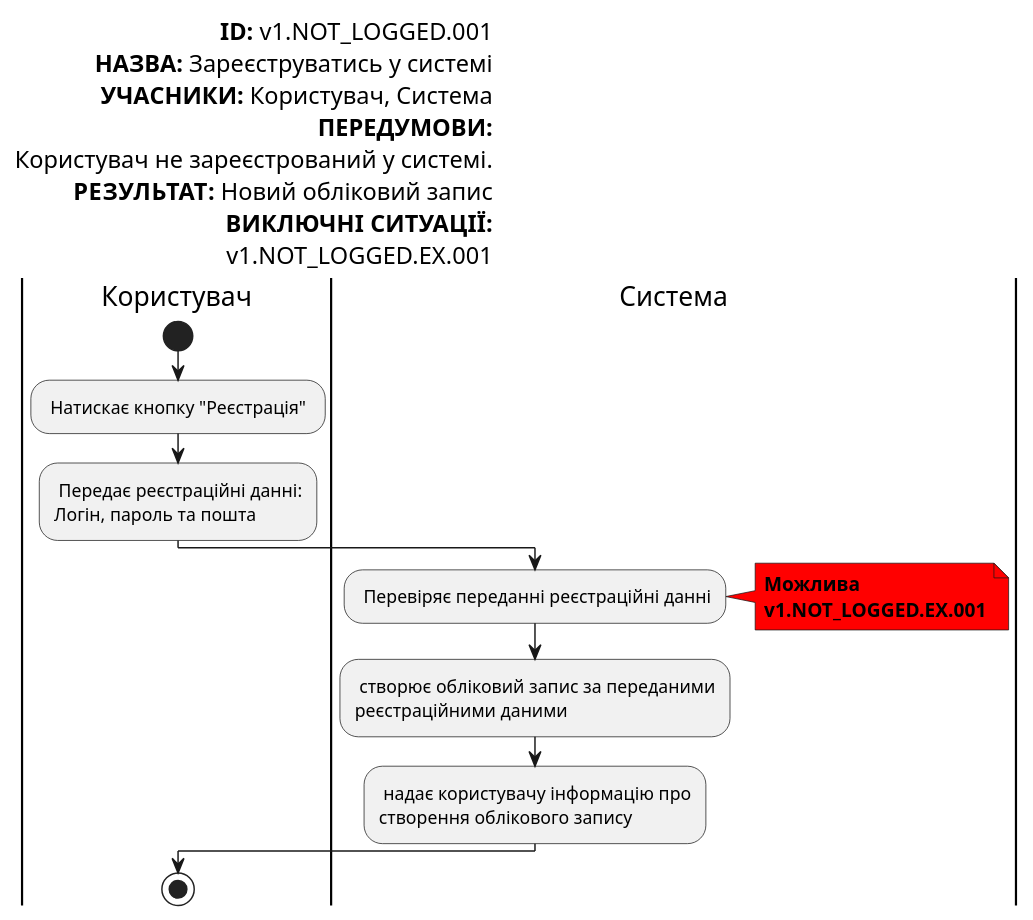
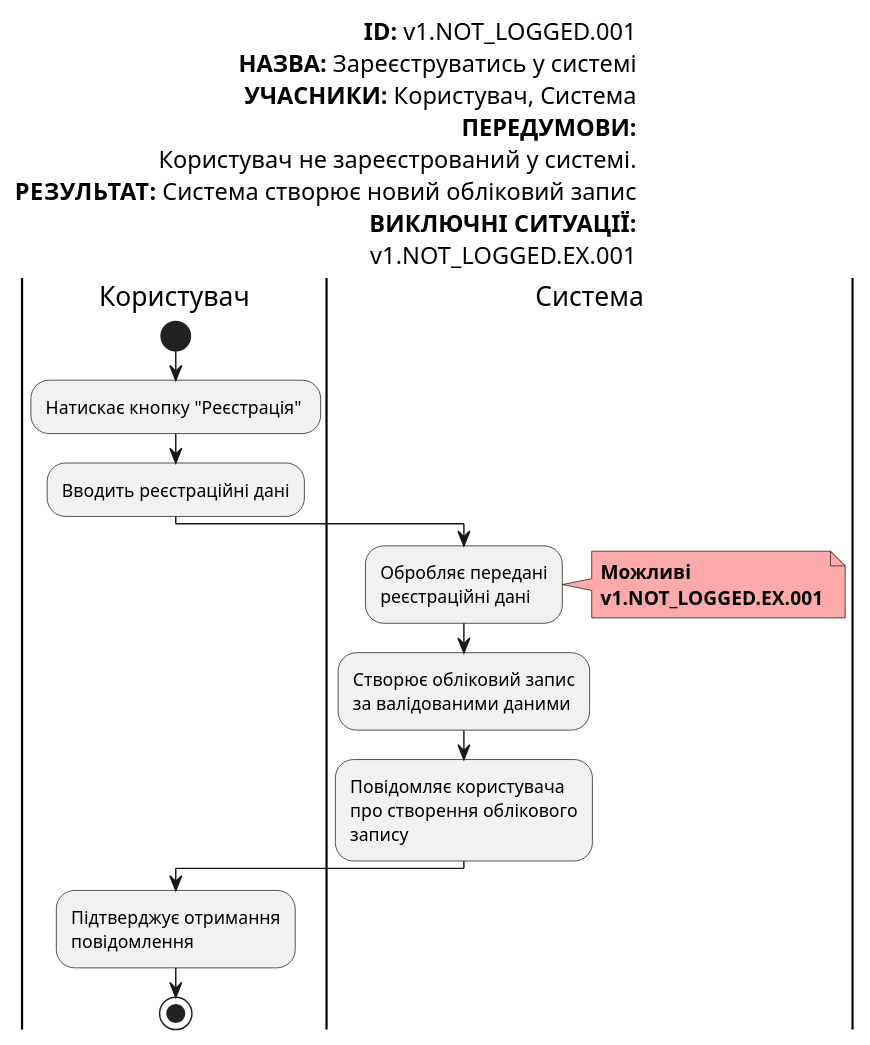
The fifth of 22 diagrams in docs/use-cases/README.md (gurug-prog/survey-expert), drawn with PlantUML before and after one commit. The commit also changed other lines of this file and 1 other file, not shown here.

```diff
--- a/docs/use-cases/README.md
+++ b/docs/use-cases/README.md
@@ -110,37 +109,42 @@
   @startuml
 
         left header
              <font color=000 size=16><b>ID:</b> v1.NOT_LOGGED.001
              <font color=000 size=16><b>НАЗВА:</b> Зареєструватись у системі
              <font color=000 size=16><b>УЧАСНИКИ:</b> Користувач, Система
              <font color=000 size=16><b>ПЕРЕДУМОВИ:</b>
              <font color=000 size=16>Користувач не зареєстрований у системі.
-             <font color=000 size=16><b>РЕЗУЛЬТАТ:</b> Новий обліковий запис
+             <font color=000 size=16><b>РЕЗУЛЬТАТ:</b> Система створює новий обліковий запис
              <font color=000 size=16><b>ВИКЛЮЧНІ СИТУАЦІЇ:</b>
              <font color=000 size=16>v1.NOT_LOGGED.EX.001
          end header
 
          |Користувач|
              start
-             : Натискає кнопку "Реєстрація" ;
-             : Передає реєстраційні данні:
-             Логін, пароль та пошта;
+             :Натискає кнопку "Реєстрація" ;
+             :Вводить реєстраційні дані;
 
          |Система|
-             : Перевіряє переданні реєстраційні данні;
+             :Обробляє передані
+             реєстраційні дані;
 
-             note right #ff0000
-             <b>Можлива</b>
+             note right #ffaaaa
+             <b>Можливі</b>
              <b>v1.NOT_LOGGED.EX.001</b>
              end note
 
-             : створює обліковий запис за переданими
-             реєстраційними даними;
+             :Створює обліковий запис
+             за валідованими даними;
 
-             : надає користувачу інформацію про
-             створення облікового запису;
+             :Повідомляє користувача
+             про створення облікового
+             запису;
 
          |Користувач|
-             stop;
+
+            :Підтверджує отримання
+            повідомлення;
+
+            stop;
 
   @enduml
```
